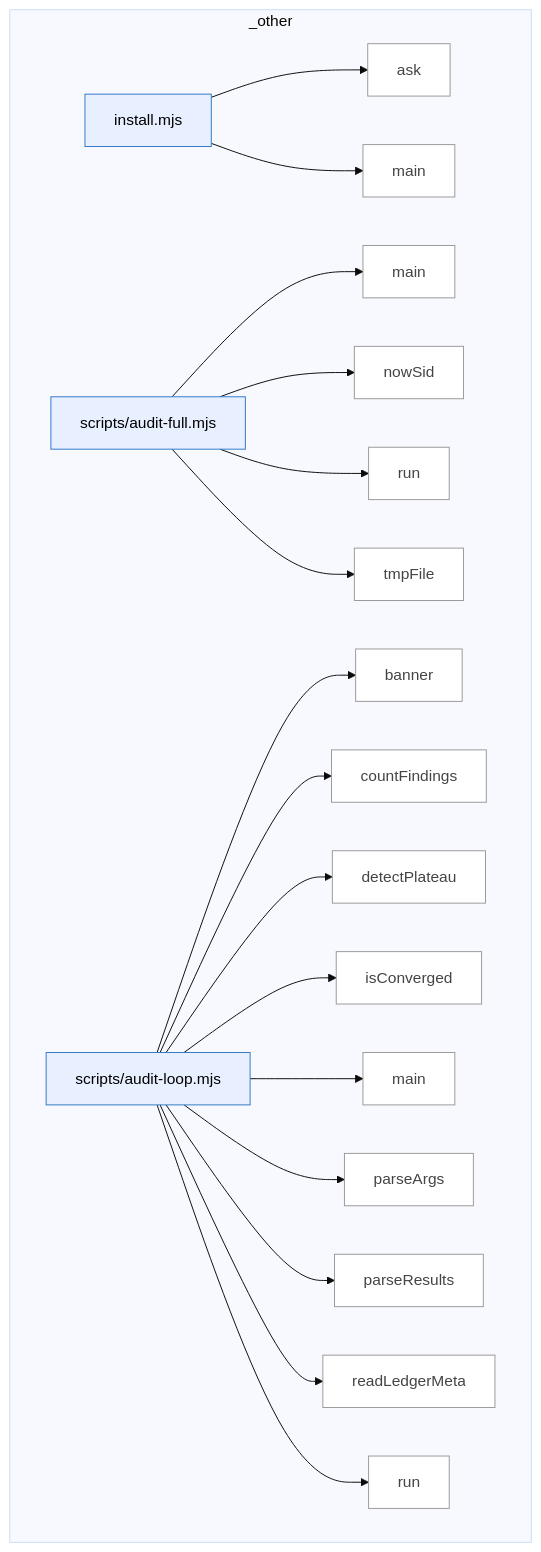
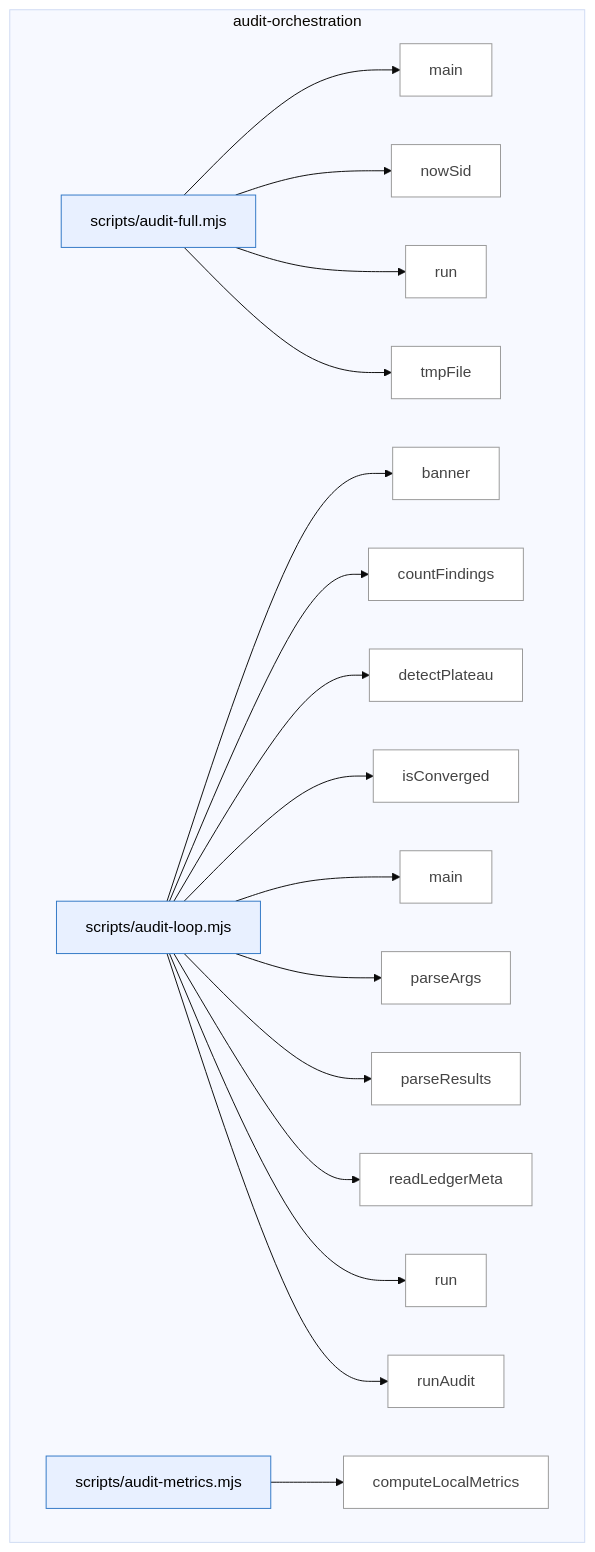
Before and after one commit to Lbstrydom/claude-audit-loop: the second of 16 diagrams in docs/architecture-map.md, drawn with Mermaid (base theme). The commit also changed other lines of this file and 7 other files, not shown here.

````diff
--- a/docs/architecture-map.md
+++ b/docs/architecture-map.md
@@ -15,43 +181,43 @@
 ```mermaid
 flowchart TB
-subgraph dom__other ["_other"]
-  file_install_mjs["install.mjs"]:::component
-  sym_install_mjs_ask["ask"]:::symbol
-  file_install_mjs --> sym_install_mjs_ask
-  sym_install_mjs_main["main"]:::symbol
-  file_install_mjs --> sym_install_mjs_main
+subgraph dom_audit_orchestration ["audit-orchestration"]
   file_scripts_audit_full_mjs["scripts/audit-full.mjs"]:::component
   sym_scripts_audit_full_mjs_main["main"]:::symbol
   file_scripts_audit_full_mjs --> sym_scripts_audit_full_mjs_main
   sym_scripts_audit_full_mjs_nowSid["nowSid"]:::symbol
   file_scripts_audit_full_mjs --> sym_scripts_audit_full_mjs_nowSid
   sym_scripts_audit_full_mjs_run["run"]:::symbol
   file_scripts_audit_full_mjs --> sym_scripts_audit_full_mjs_run
   sym_scripts_audit_full_mjs_tmpFile["tmpFile"]:::symbol
   file_scripts_audit_full_mjs --> sym_scripts_audit_full_mjs_tmpFile
   file_scripts_audit_loop_mjs["scripts/audit-loop.mjs"]:::component
   sym_scripts_audit_loop_mjs_banner["banner"]:::symbol
   file_scripts_audit_loop_mjs --> sym_scripts_audit_loop_mjs_banner
   sym_scripts_audit_loop_mjs_countFindings["countFindings"]:::symbol
   file_scripts_audit_loop_mjs --> sym_scripts_audit_loop_mjs_countFindings
   sym_scripts_audit_loop_mjs_detectPlateau["detectPlateau"]:::symbol
   file_scripts_audit_loop_mjs --> sym_scripts_audit_loop_mjs_detectPlateau
   sym_scripts_audit_loop_mjs_isConverged["isConverged"]:::symbol
   file_scripts_audit_loop_mjs --> sym_scripts_audit_loop_mjs_isConverged
   sym_scripts_audit_loop_mjs_main["main"]:::symbol
   file_scripts_audit_loop_mjs --> sym_scripts_audit_loop_mjs_main
   sym_scripts_audit_loop_mjs_parseArgs["parseArgs"]:::symbol
   file_scripts_audit_loop_mjs --> sym_scripts_audit_loop_mjs_parseArgs
   sym_scripts_audit_loop_mjs_parseResults["parseResults"]:::symbol
   file_scripts_audit_loop_mjs --> sym_scripts_audit_loop_mjs_parseResults
   sym_scripts_audit_loop_mjs_readLedgerMeta["readLedgerMeta"]:::symbol
   file_scripts_audit_loop_mjs --> sym_scripts_audit_loop_mjs_readLedgerMeta
   sym_scripts_audit_loop_mjs_run["run"]:::symbol
   file_scripts_audit_loop_mjs --> sym_scripts_audit_loop_mjs_run
+  sym_scripts_audit_loop_mjs_runAudit["runAudit"]:::symbol
+  file_scripts_audit_loop_mjs --> sym_scripts_audit_loop_mjs_runAudit
+  file_scripts_audit_metrics_mjs["scripts/audit-metrics.mjs"]:::component
+  sym_scripts_audit_metrics_mjs_computeLocalMe["computeLocalMetrics"]:::symbol
+  file_scripts_audit_metrics_mjs --> sym_scripts_audit_metrics_mjs_computeLocalMe
 end
 classDef container fill:#f5f5f5,stroke:#333,stroke-width:2px,color:#000
 classDef component fill:#e8f0ff,stroke:#3178c6,color:#000
 classDef symbol fill:#fff,stroke:#999,color:#444
 classDef dup fill:#ffe8d8,stroke:#c0392b,stroke-width:2px,color:#000
 classDef violation fill:#ffd6d6,stroke:#c0392b,stroke-width:2px,color:#000
 ```
````
